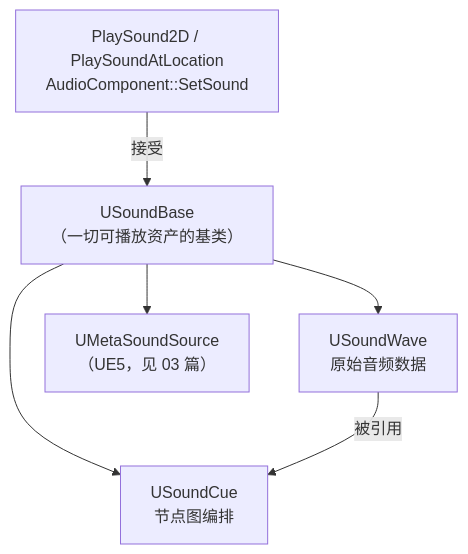
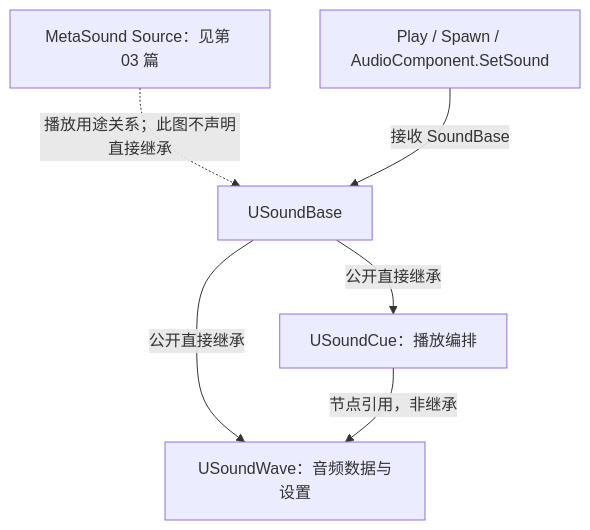
One commit to fantuan812/learning changed the first of 5 diagrams in 知识/04-图形动画与物理仿真/音频播放与程序化声音/01-音频基础与播放.md. Above: the diagram before and after it, drawn with Mermaid. The commit also changed other lines of this file and 1 other file, not shown here.

````diff
--- a/知识/04-图形动画与物理仿真/音频播放与程序化声音/01-音频基础与播放.md
+++ b/知识/04-图形动画与物理仿真/音频播放与程序化声音/01-音频基础与播放.md
@@ -104,8 +107,8 @@
 ```mermaid
 flowchart TB
-    A["USoundBase<br/>（一切可播放资产的基类）"] --> B["USoundWave<br/>原始音频数据"]
-    A --> C["USoundCue<br/>节点图编排"]
-    A --> D["UMetaSoundSource<br/>（UE5，见 03 篇）"]
-    B -->|"被引用"| C
-    E["PlaySound2D / PlaySoundAtLocation<br/>AudioComponent::SetSound"] -->|"接受"| A
+    Base["USoundBase"] -->|"公开直接继承"| Wave["USoundWave：音频数据与设置"]
+    Base -->|"公开直接继承"| Cue["USoundCue：播放编排"]
+    Cue -->|"节点引用，非继承"| Wave
+    Meta["MetaSound Source：见第 03 篇"] -.->|"播放用途关系；此图不声明直接继承"| Base
+    API["Play / Spawn / AudioComponent.SetSound"] -->|"接收 SoundBase"| Base
 ```
````
